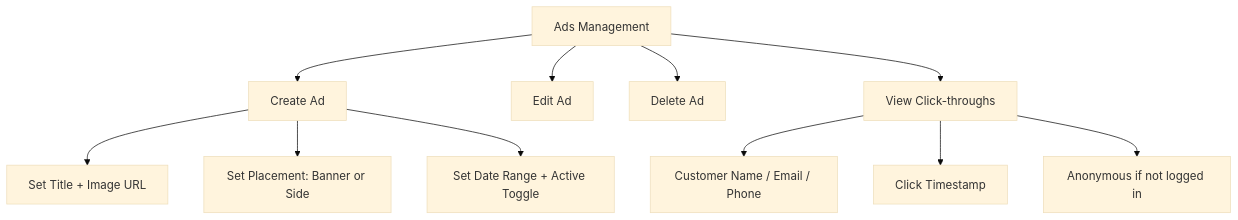
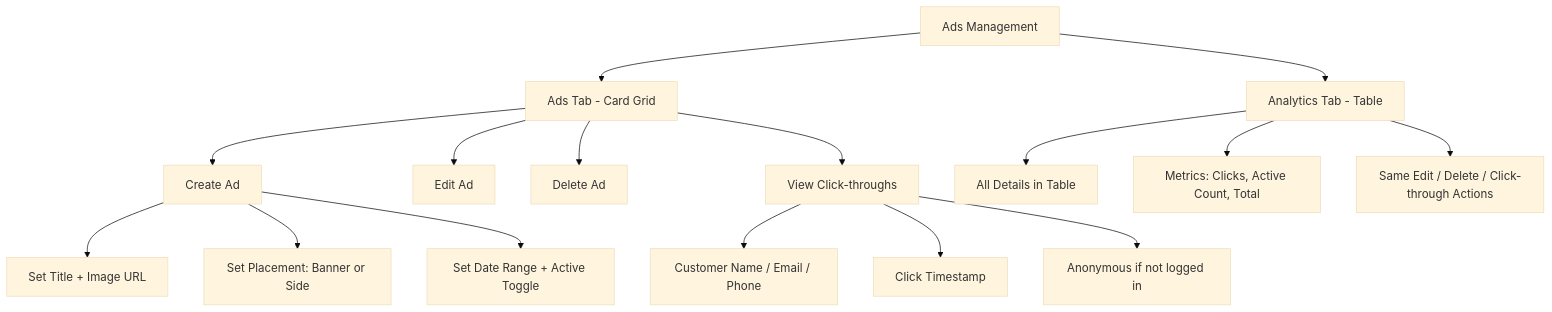
Before and after one commit to hduraimurugan/cinema-app-docs: the fourth of 16 diagrams in admin.md, drawn with Mermaid (base theme). The commit also changed other lines of this file, not shown here.

Commit message:
update: enhance Ads Management documentation with tabbed interface details and analytics features

````diff
--- a/admin.md
+++ b/admin.md
@@ -166,15 +166,22 @@
 ```mermaid
 flowchart TD
-    A[Ads Management] --> B[Create Ad]
-    A --> C[Edit Ad]
-    A --> D[Delete Ad]
-    A --> E[View Click-throughs]
+    A[Ads Management] --> T1[Ads Tab - Card Grid]
+    A[Ads Management] --> T2[Analytics Tab - Table]
 
-    B --> F[Set Title + Image URL]
-    B --> G[Set Placement: Banner or Side]
-    B --> H[Set Date Range + Active Toggle]
+    T1 --> B[Create Ad]
+    T1 --> C[Edit Ad]
+    T1 --> D[Delete Ad]
+    T1 --> E[View Click-throughs]
 
-    E --> I[Customer Name / Email / Phone]
-    E --> J[Click Timestamp]
-    E --> K[Anonymous if not logged in]
+    T2 --> F[All Details in Table]
+    T2 --> G[Metrics: Clicks, Active Count, Total]
+    T2 --> H[Same Edit / Delete / Click-through Actions]
+
+    B --> I[Set Title + Image URL]
+    B --> J[Set Placement: Banner or Side]
+    B --> K[Set Date Range + Active Toggle]
+
+    E --> L[Customer Name / Email / Phone]
+    E --> M[Click Timestamp]
+    E --> N[Anonymous if not logged in]
 ```
````
